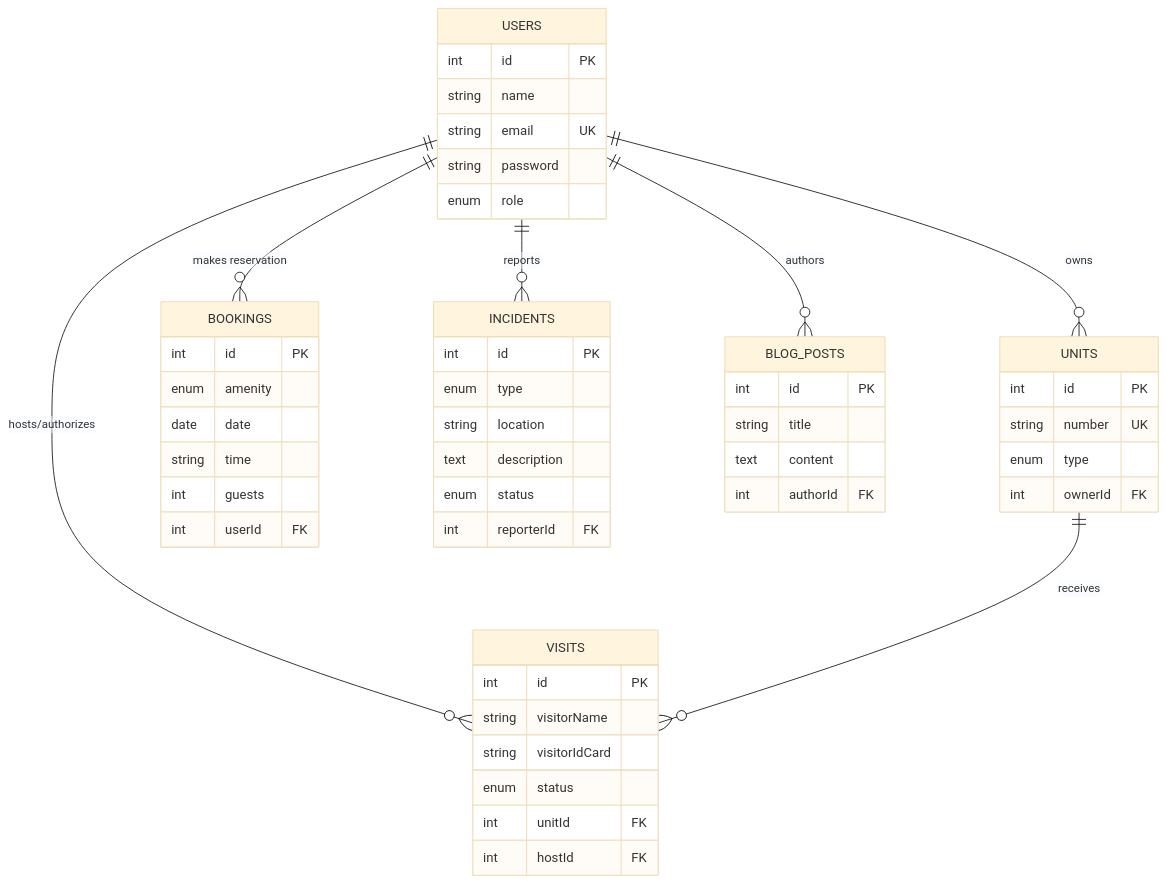
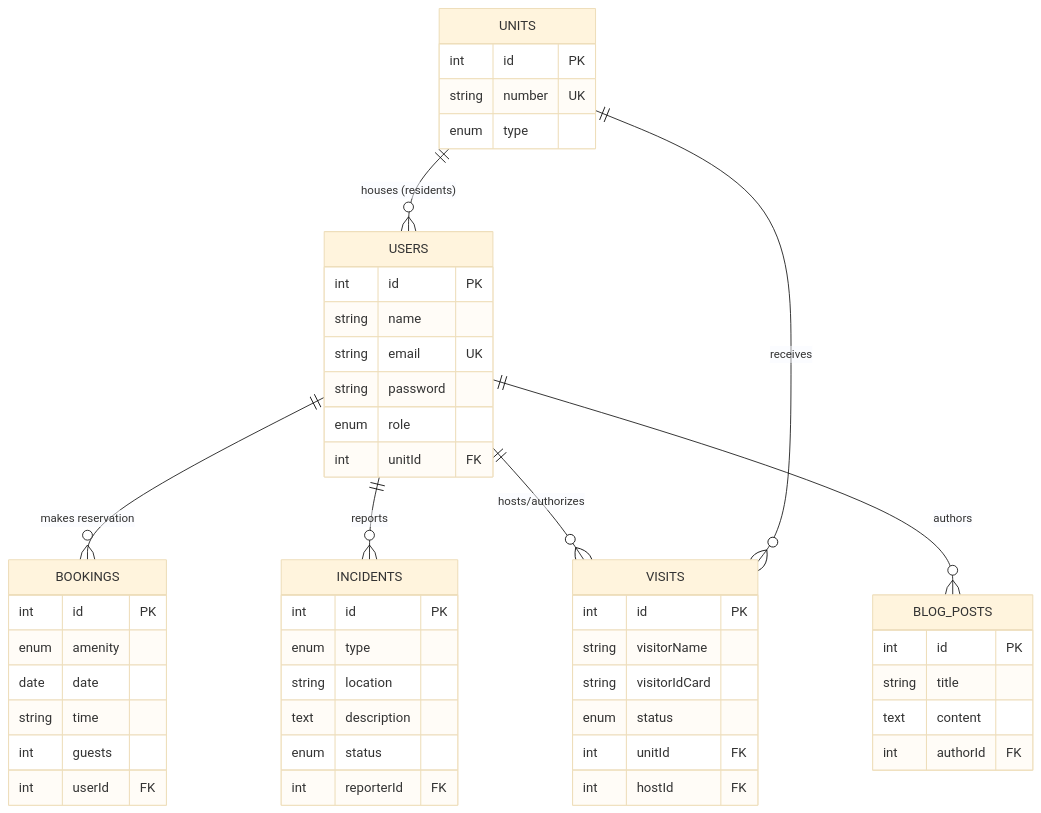
Before and after one commit to ridhamteli1306/Residential-Website: the diagram in database_schema.md, drawn with Mermaid (base theme). The commit also changed other lines of this file and 11 other files, not shown here.

````diff
--- a/database_schema.md
+++ b/database_schema.md
@@ -58,58 +58,58 @@
 ```mermaid
 erDiagram
-    USERS ||--o{ UNITS : "owns"
+    UNITS ||--o{ USERS : "houses (residents)"
     USERS ||--o{ BOOKINGS : "makes reservation"
     USERS ||--o{ INCIDENTS : "reports"
     USERS ||--o{ VISITS : "hosts/authorizes"
     USERS ||--o{ BLOG_POSTS : "authors"
     UNITS ||--o{ VISITS : "receives"
 
     USERS {
         int id PK
         string name
         string email UK
         string password
         enum role
+        int unitId FK
     }
     
     UNITS {
         int id PK
         string number UK
         enum type
-        int ownerId FK
     }
 
     BOOKINGS {
         int id PK
         enum amenity
         date date
         string time
         int guests
         int userId FK
     }
 
     VISITS {
         int id PK
         string visitorName
         string visitorIdCard
         enum status
         int unitId FK
         int hostId FK
     }
 
     INCIDENTS {
         int id PK
         enum type
         string location
         text description
         enum status
         int reporterId FK
     }
     
     BLOG_POSTS {
         int id PK
         string title
         text content
         int authorId FK
     }
 ```
````
